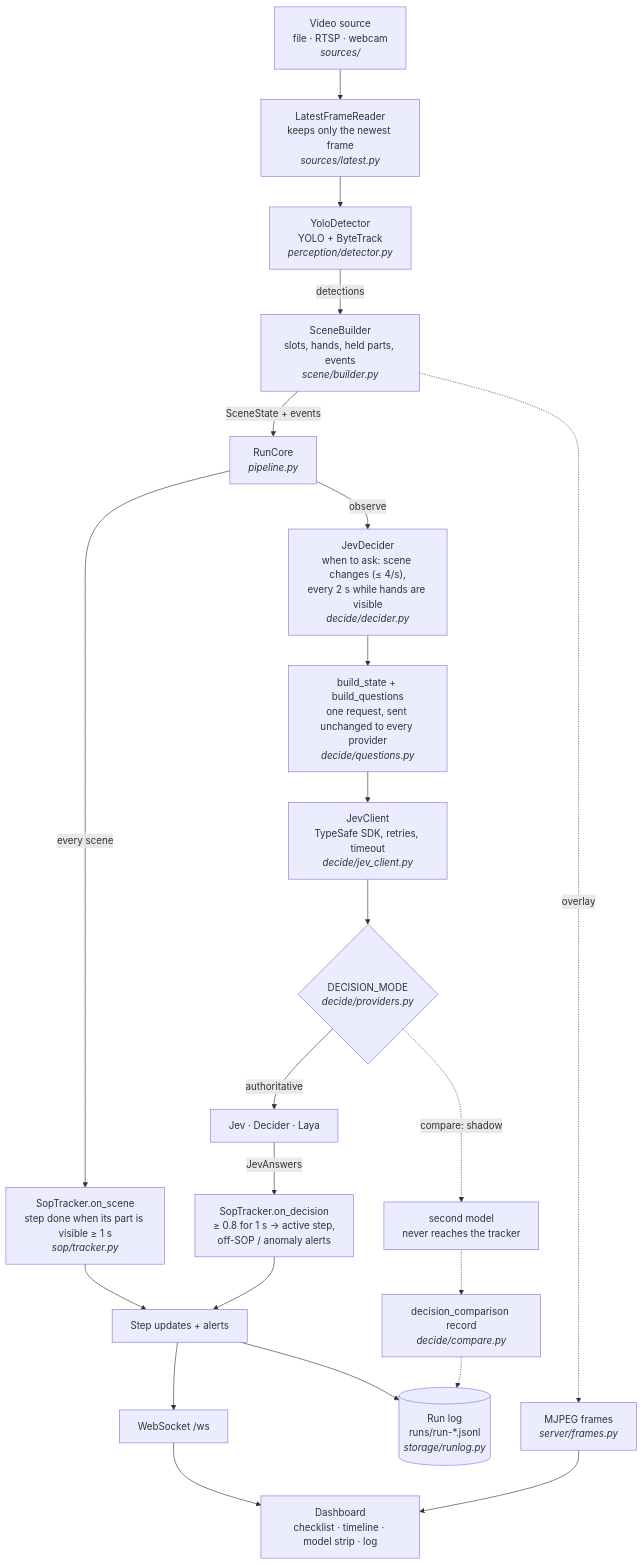
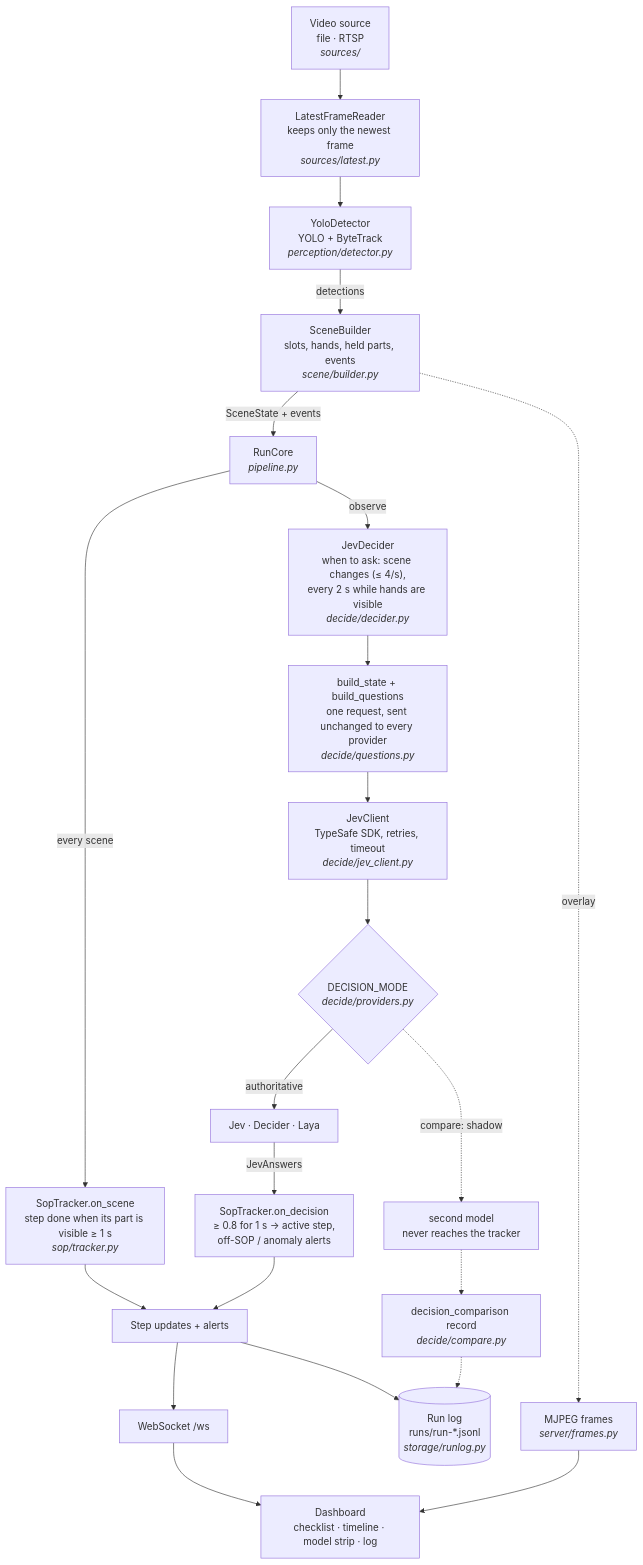
One commit to EricPomerantz/SOP changed the second of 4 diagrams in docs/ARCHITECTURE.md. Above: the diagram before and after it, drawn with Mermaid. The commit also changed other lines of this file and 37 other files, not shown here.

````diff
--- a/docs/ARCHITECTURE.md
+++ b/docs/ARCHITECTURE.md
@@ -57,27 +67,27 @@
 ```mermaid
 flowchart TD
-    src["Video source<br/>file · RTSP · webcam<br/><i>sources/</i>"] --> reader["LatestFrameReader<br/>keeps only the newest frame<br/><i>sources/latest.py</i>"]
+    src["Video source<br/>file · RTSP<br/><i>sources/</i>"] --> reader["LatestFrameReader<br/>keeps only the newest frame<br/><i>sources/latest.py</i>"]
     reader --> yolo["YoloDetector<br/>YOLO + ByteTrack<br/><i>perception/detector.py</i>"]
     yolo -->|detections| builder["SceneBuilder<br/>slots, hands, held parts, events<br/><i>scene/builder.py</i>"]
     builder -->|SceneState + events| core["RunCore<br/><i>pipeline.py</i>"]
     builder -.->|overlay| frames["MJPEG frames<br/><i>server/frames.py</i>"]
 
     core -->|every scene| evidence["SopTracker.on_scene<br/>step done when its part is visible ≥ 1 s<br/><i>sop/tracker.py</i>"]
     core -->|observe| sched["JevDecider<br/>when to ask: scene changes (≤ 4/s),<br/>every 2 s while hands are visible<br/><i>decide/decider.py</i>"]
 
     sched --> req["build_state + build_questions<br/>one request, sent unchanged to every provider<br/><i>decide/questions.py</i>"]
     req --> client["JevClient<br/>TypeSafe SDK, retries, timeout<br/><i>decide/jev_client.py</i>"]
     client --> provider{"DECISION_MODE<br/><i>decide/providers.py</i>"}
     provider -->|authoritative| model["Jev · Decider · Laya"]
     provider -.->|compare: shadow| shadow["second model<br/>never reaches the tracker"]
 
     model -->|JevAnswers| decision["SopTracker.on_decision<br/>≥ 0.8 for 1 s → active step,<br/>off-SOP / anomaly alerts"]
     shadow -.-> cmp["decision_comparison record<br/><i>decide/compare.py</i>"]
 
     evidence --> out["Step updates + alerts"]
     decision --> out
     out --> log[("Run log<br/>runs/run-*.jsonl<br/><i>storage/runlog.py</i>")]
     cmp -.-> log
     out --> ws["WebSocket /ws"] --> dash["Dashboard<br/>checklist · timeline · model strip · log"]
     frames --> dash
 ```
````
